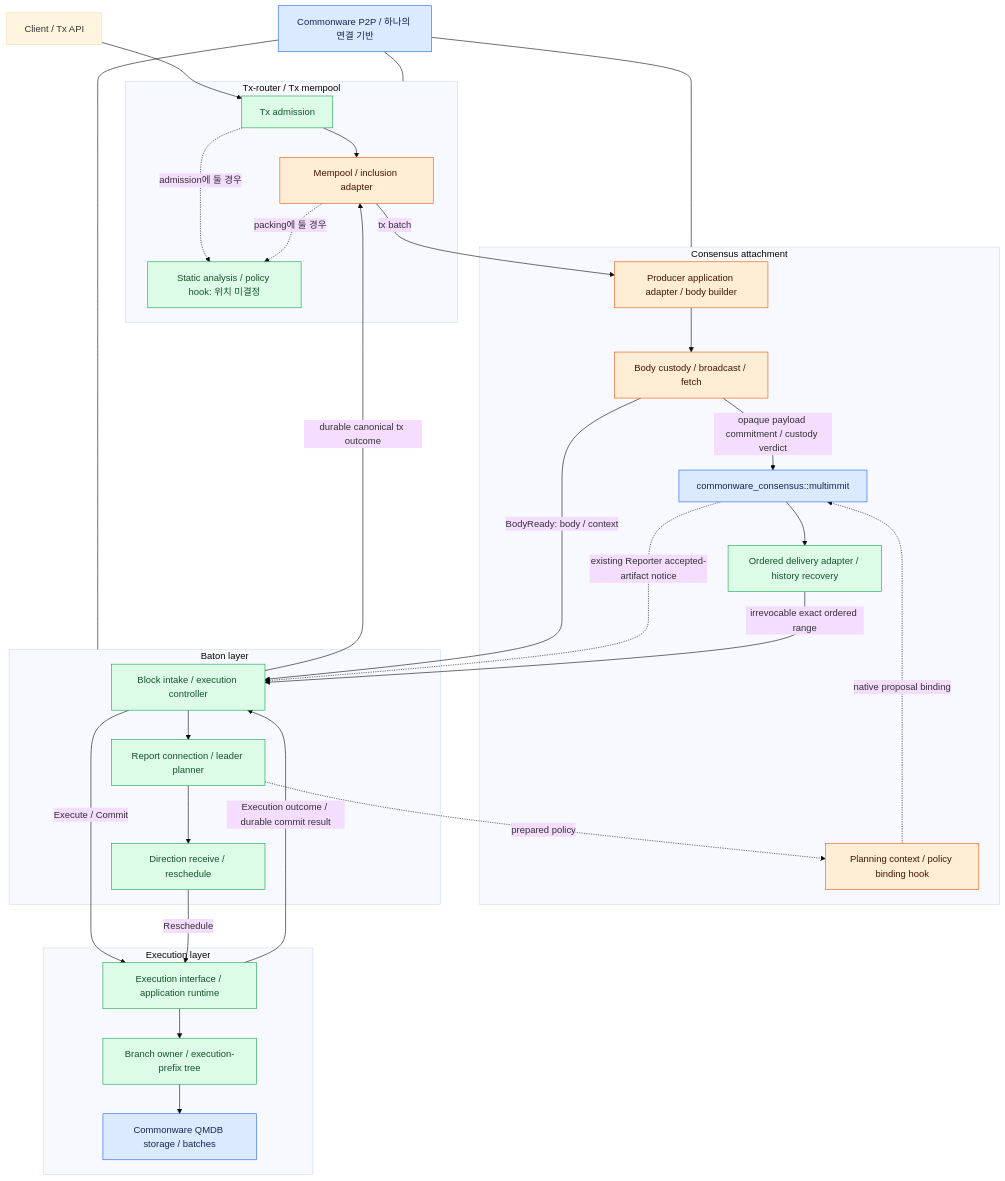
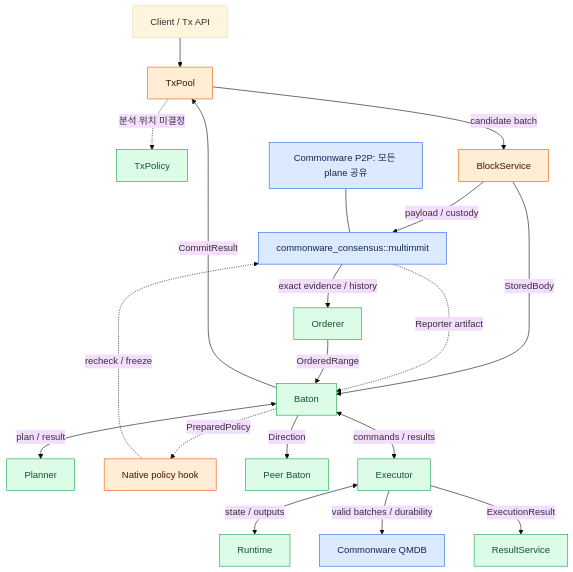
The first of 18 diagrams in IMPLEMENTATION_SPEC.md (djm07073/baton-research), drawn with Mermaid (base theme) before and after one commit. The commit also changed other lines of this file and 51 other files, not shown here.

````diff
--- a/IMPLEMENTATION_SPEC.md
+++ b/IMPLEMENTATION_SPEC.md
@@ -30,53 +30,27 @@
 ```mermaid
 flowchart TB
-    C[Client / Tx API] --> T
-    subgraph TX[Tx-router / Tx mempool]
-        T[Tx admission] --> P[Mempool / inclusion adapter]
-        X[Static analysis / policy hook: 위치 미결정]
-        T -. admission에 둘 경우 .-> X
-        P -. packing에 둘 경우 .-> X
-    end
-    subgraph CONS[Consensus attachment]
-        B[Producer application adapter / body builder]
-        D[Body custody / broadcast / fetch]
-        N[commonware_consensus::multimmit]
-        M[Ordered delivery adapter / history recovery]
-        H[Planning context / policy binding hook]
-        B --> D
-        D -->|opaque payload commitment / custody verdict| N
-        N --> M
-    end
-    P -->|tx batch| B
-    subgraph BAT[Baton layer]
-        O[Block intake / execution controller]
-        R[Report connection / leader planner]
-        Q[Direction receive / reschedule]
-        O --> R
-        R --> Q
-    end
-    D -->|BodyReady: body / context| O
-    N -. existing Reporter accepted-artifact notice .-> O
-    M -->|irrevocable exact ordered range| O
-    R -. prepared policy .-> H
-    H -. native proposal binding .-> N
-    subgraph EXEC[Execution layer]
-        E[Execution interface / application runtime]
-        F[Branch owner / execution-prefix tree]
-        S[Commonware QMDB storage / batches]
-        E --> F
-        F --> S
-    end
-    O -->|Execute / Commit| E
-    Q -->|Reschedule| E
-    E -->|Execution outcome / durable commit result| O
-    O -->|durable canonical tx outcome| P
-    NET[Commonware P2P / 하나의 연결 기반] --- TX
-    NET --- CONS
-    NET --- BAT
+    C[Client / Tx API] --> T[TxPool]
+    T -. 분석 위치 미결정 .-> X[TxPolicy]
+    T -->|candidate batch| B[BlockService]
+    B -->|payload / custody| N[commonware_consensus::multimmit]
+    N -->|exact evidence / history| M[Orderer]
+    B -->|StoredBody| O[Baton]
+    N -. Reporter artifact .-> O
+    M -->|OrderedRange| O
+    O <-->|plan / result| P[Planner]
+    O -. PreparedPolicy .-> H[Native policy hook]
+    H -. recheck / freeze .-> N
+    O -->|Direction| PE[Peer Baton]
+    O <-->|commands / results| E[Executor]
+    E <-->|state / outputs| R[Runtime]
+    E -->|valid batches / durability| S[Commonware QMDB]
+    E -->|ExecutionResult| V[ResultService]
+    O -->|CommitResult| T
+    NET[Commonware P2P: 모든 plane 공유] --- N
     classDef reuse fill:#dbeafe,stroke:#2563eb,color:#172554;
     classDef adapt fill:#ffedd5,stroke:#ea580c,color:#431407;
     classDef new fill:#dcfce7,stroke:#16a34a,color:#14532d;
     class N,NET,S reuse;
-    class P,B,D,H adapt;
-    class T,X,M,O,R,Q,E,F new;
+    class T,B,H adapt;
+    class X,M,O,P,PE,E,R,V new;
 ```
````
